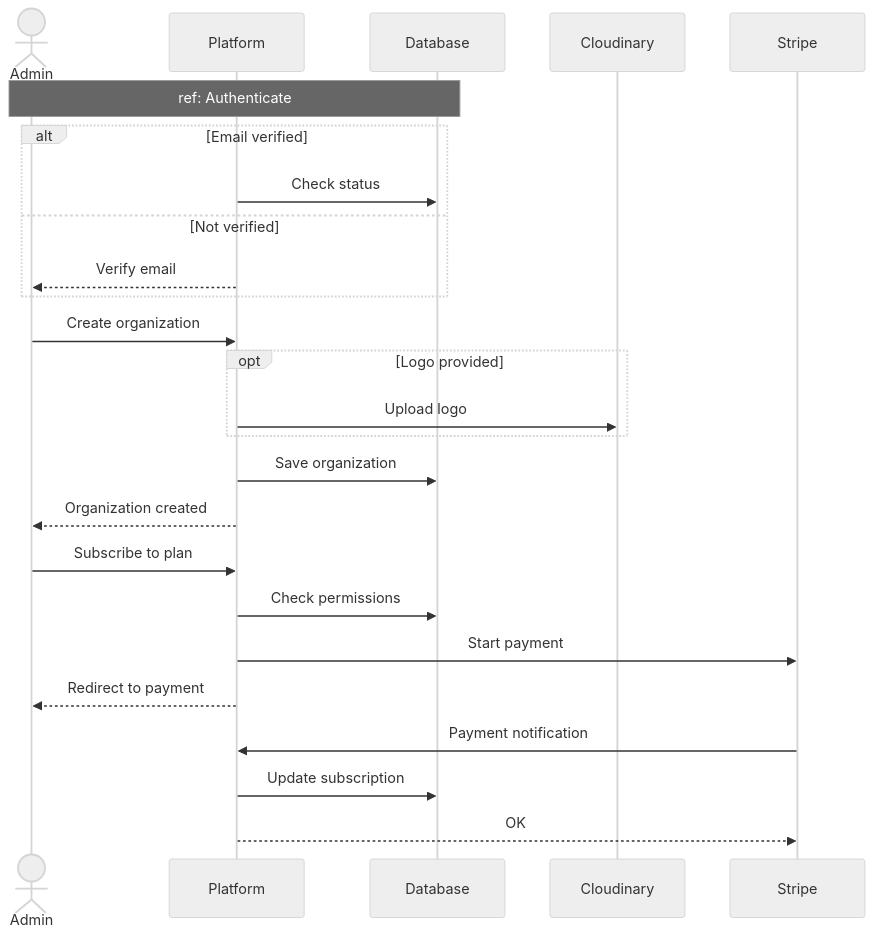
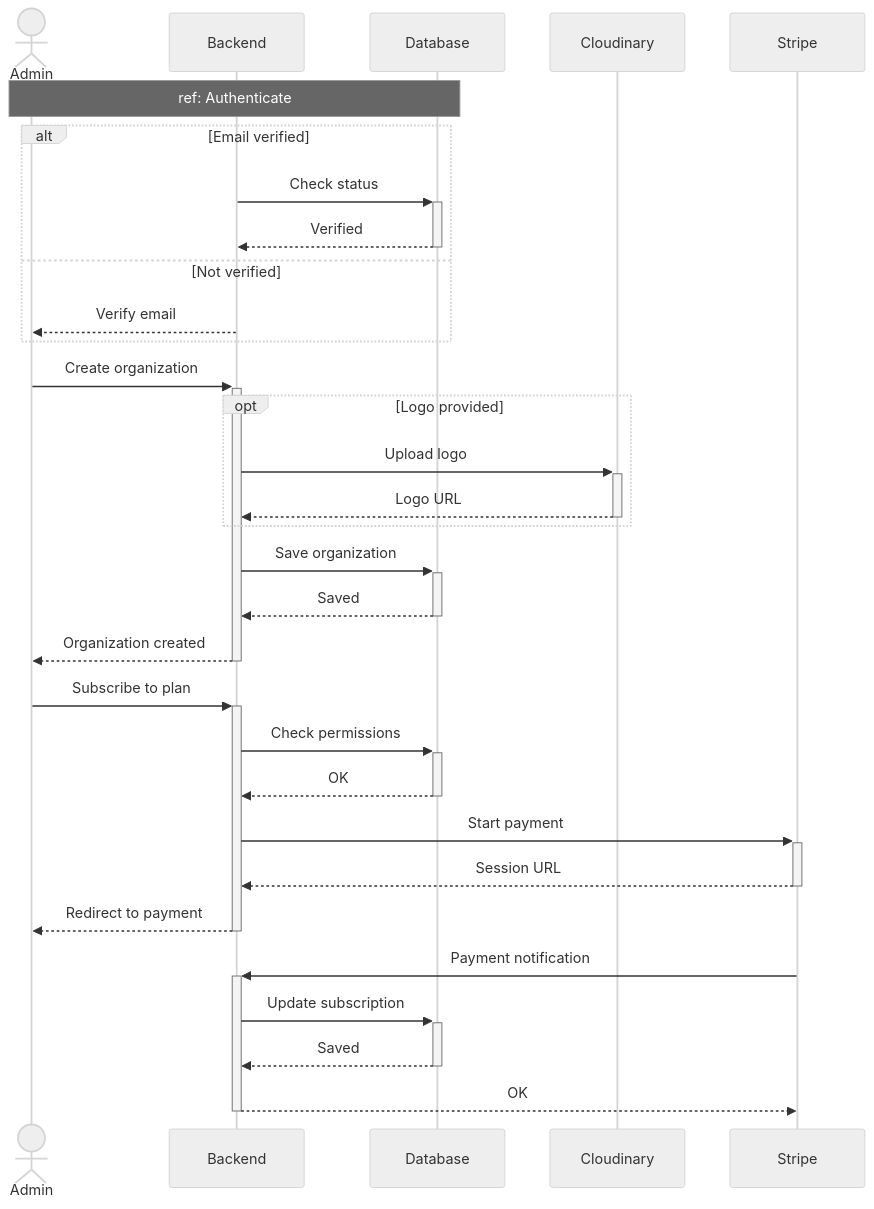
The fourth of 16 diagrams in docs/SEQUENCE_DIAGRAMS.md (MohamedChebbi123/teamnest), drawn with Mermaid (neutral theme) before and after one commit. The commit also changed other lines of this file, not shown here.

````diff
--- a/docs/SEQUENCE_DIAGRAMS.md
+++ b/docs/SEQUENCE_DIAGRAMS.md
@@ -134,32 +150,38 @@
 ```mermaid
 sequenceDiagram
     actor Admin
-    participant API as Platform
+    participant API as Backend
     participant DB as Database
     participant Cloud as Cloudinary
     participant Stripe
 
     Note over Admin,DB: ref: Authenticate
 
     alt Email verified
-        API->>DB: Check status
+        API->>+DB: Check status
+        DB-->>-API: Verified
     else Not verified
         API-->>Admin: Verify email
     end
 
-    Admin->>API: Create organization
+    Admin->>+API: Create organization
     opt Logo provided
-        API->>Cloud: Upload logo
+        API->>+Cloud: Upload logo
+        Cloud-->>-API: Logo URL
     end
-    API->>DB: Save organization
-    API-->>Admin: Organization created
+    API->>+DB: Save organization
+    DB-->>-API: Saved
+    API-->>-Admin: Organization created
 
-    Admin->>API: Subscribe to plan
-    API->>DB: Check permissions
-    API->>Stripe: Start payment
-    API-->>Admin: Redirect to payment
+    Admin->>+API: Subscribe to plan
+    API->>+DB: Check permissions
+    DB-->>-API: OK
+    API->>+Stripe: Start payment
+    Stripe-->>-API: Session URL
+    API-->>-Admin: Redirect to payment
 
-    Stripe->>API: Payment notification
-    API->>DB: Update subscription
-    API-->>Stripe: OK
+    Stripe->>+API: Payment notification
+    API->>+DB: Update subscription
+    DB-->>-API: Saved
+    API-->>-Stripe: OK
 ```
````
